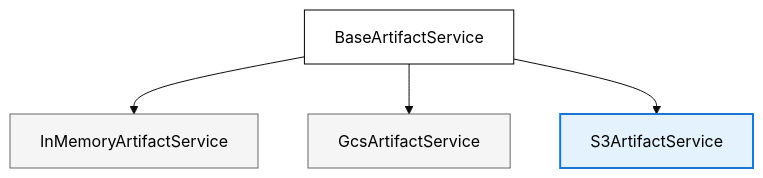
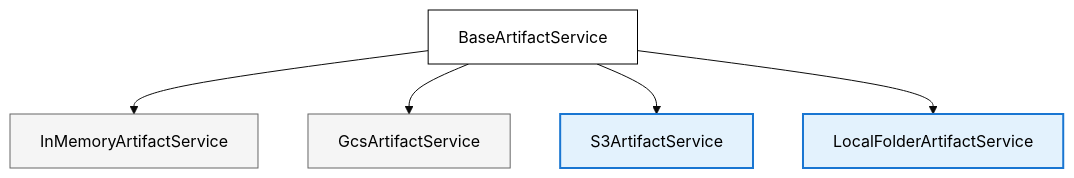
One commit to simiyudavid/adk-extra-services changed the diagram in examples/artifacts/README.md. Above: the diagram before and after it, drawn with Mermaid (base theme). The commit also changed other lines of this file and 5 other files, not shown here.

Commit message:
Adding LocalFolderArtifactService

````diff
--- a/examples/artifacts/README.md
+++ b/examples/artifacts/README.md
@@ -8,11 +8,13 @@
 ```mermaid
 graph TD
     A[BaseArtifactService] --> B[InMemoryArtifactService]
     A --> C[GcsArtifactService]
     A --> D[S3ArtifactService]
+    A --> E[LocalFolderArtifactService]
     
     style A fill:#ffffff,stroke:#000000,stroke-width:1px,color:#000000
     style B fill:#f5f5f5,stroke:#666,stroke-width:1px,color:#000000
     style C fill:#f5f5f5,stroke:#666,stroke-width:1px,color:#000000
     style D fill:#e3f2fd,stroke:#1976d2,stroke-width:2px,color:#000000
+    style E fill:#e3f2fd,stroke:#1976d2,stroke-width:2px,color:#000000
 ```
````
